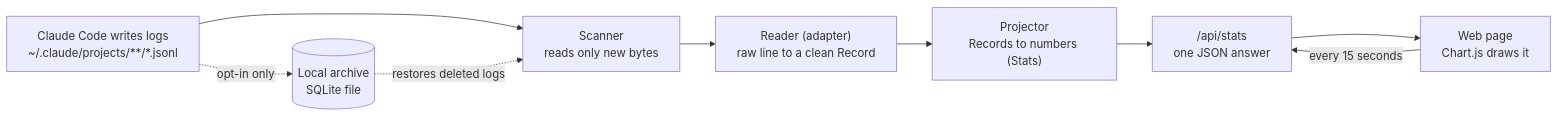
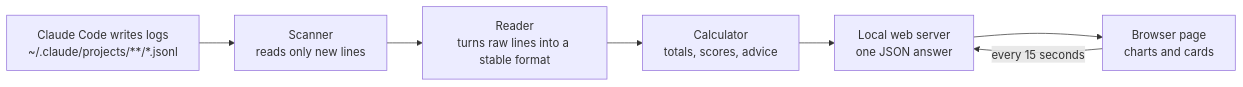
Before and after one commit to chandan12ar/dev-token-dashboard: the diagram in docs/CALL_PREP_GUIDE.md, drawn with Mermaid. The commit also changed other lines of this file and 1 other file, not shown here.

````diff
--- a/docs/CALL_PREP_GUIDE.md
+++ b/docs/CALL_PREP_GUIDE.md
@@ -55,11 +83,9 @@
 ```mermaid
 flowchart LR
-  A["Claude Code writes logs<br/>~/.claude/projects/**/*.jsonl"] --> B["Scanner<br/>reads only new bytes"]
-  B --> C["Reader (adapter)<br/>raw line to a clean Record"]
-  C --> D["Projector<br/>Records to numbers (Stats)"]
-  D --> E["/api/stats<br/>one JSON answer"]
-  E --> F["Web page<br/>Chart.js draws it"]
+  A["Claude Code writes logs<br/>~/.claude/projects/**/*.jsonl"] --> B["Scanner<br/>reads only new lines"]
+  B --> C["Reader<br/>turns raw lines into a stable format"]
+  C --> D["Calculator<br/>totals, scores, advice"]
+  D --> E["Local web server<br/>one JSON answer"]
+  E --> F["Browser page<br/>charts and cards"]
   F -- "every 15 seconds" --> E
-  A -. "opt-in only" .-> G[("Local archive<br/>SQLite file")]
-  G -. "restores deleted logs" .-> B
 ```
````
